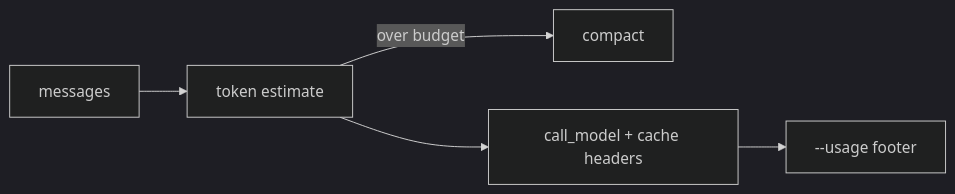
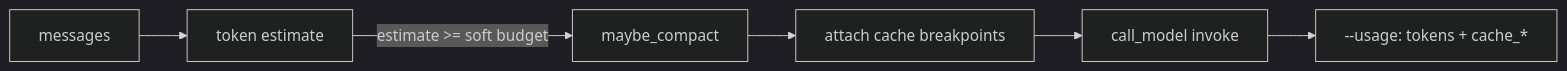
The first of 2 diagrams in docs/milestones/M37-prompt-cache-budget.md (CharlotteYW/mini-claude-code), drawn with Mermaid (dark theme) before and after one commit. The commit also changed other lines of this file and 14 other files, not shown here.

Commit message:
Ship M37 soft token budget and Anthropic prompt-cache helpers.

````diff
--- a/docs/milestones/M37-prompt-cache-budget.md
+++ b/docs/milestones/M37-prompt-cache-budget.md
@@ -30,7 +41,8 @@
 ```mermaid
 flowchart LR
   Msgs[messages] --> Est[token estimate]
-  Est -->|over budget| Comp[compact]
-  Est --> LLM[call_model + cache headers]
-  LLM --> Usage[--usage footer]
+  Est -->|estimate >= soft budget| Comp[maybe_compact]
+  Comp --> Prep[attach cache breakpoints]
+  Prep --> LLM[call_model invoke]
+  LLM --> Usage[--usage: tokens + cache_*]
 ```
````
